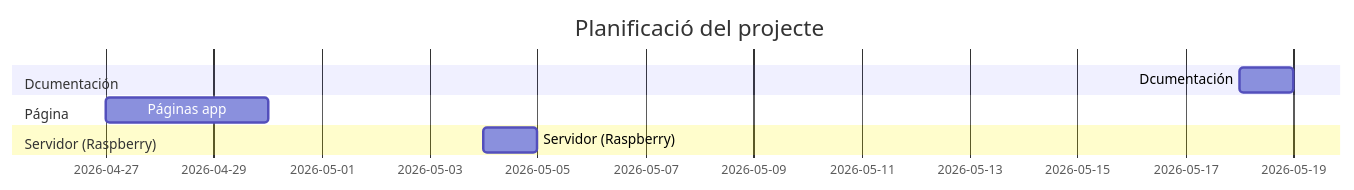
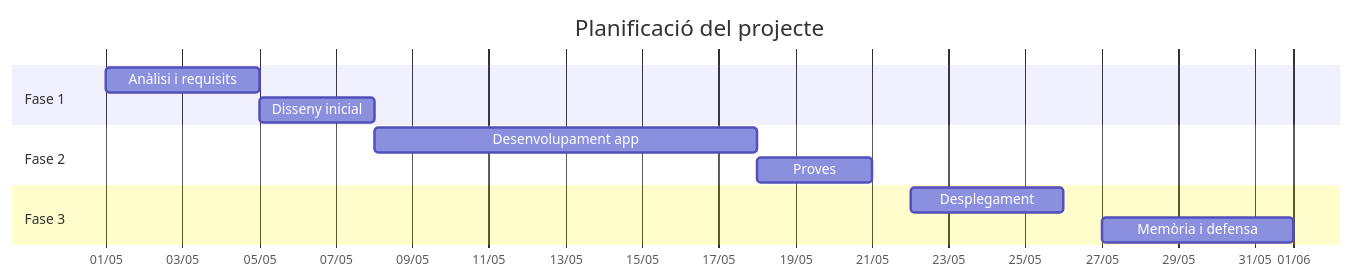
Before and after one commit to JOMI1010/proyecto-final: the diagram in README.md, drawn with Mermaid. The commit also changed other lines of this file and 18 other files, not shown here.

````diff
--- a/README.md
+++ b/README.md
@@ -3,17 +5,18 @@
 ```mermaid
 gantt
-  title Planificació del projecte
-  dateFormat 2026-04-20
-
-  section Dcumentación
-  Dcumentación :a1, 2026-05-18, 1d
-
-
-  section Página
-  Páginas app :b1, 2026-04-27, 3d
-
-
-  section Servidor (Raspberry)
-  Servidor (Raspberry)        :c1, 2026-05-04, 1d
-
-  ```
+    title Planificació del projecte
+    dateFormat YYYY-MM-DD
+    axisFormat %d/%m
+    
+    section Fase 1
+    Anàlisi i requisits    :a1, 2026-05-01, 4d
+    Disseny inicial        :a2, after a1, 3d
+    
+    section Fase 2
+    Desenvolupament app    :b1, 2026-05-08, 10d
+    Proves                 :b2, after b1, 3d
+    
+    section Fase 3
+    Desplegament           :c1, 2026-05-22, 4d
+    Memòria i defensa      :c2, 2026-05-27, 5d 
+```
````
